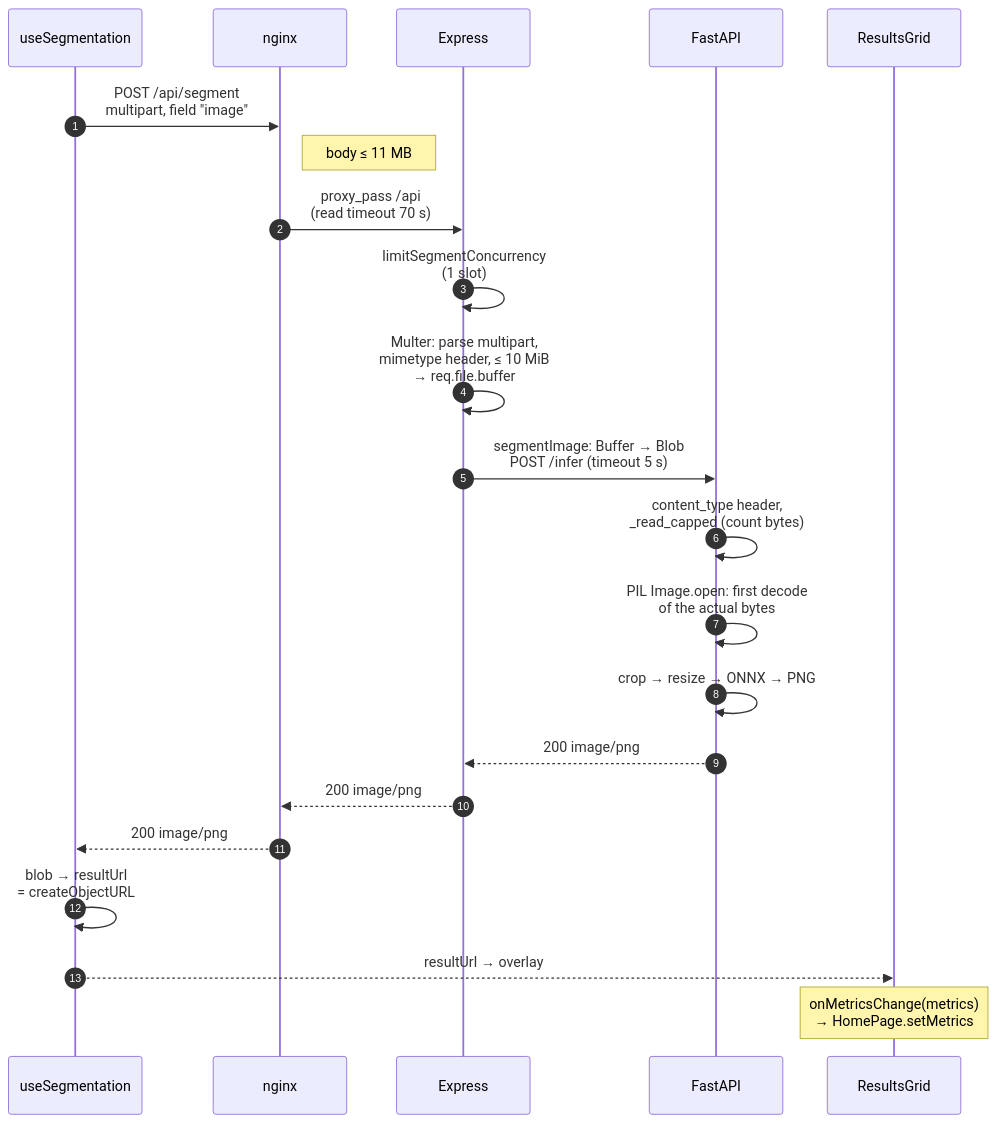
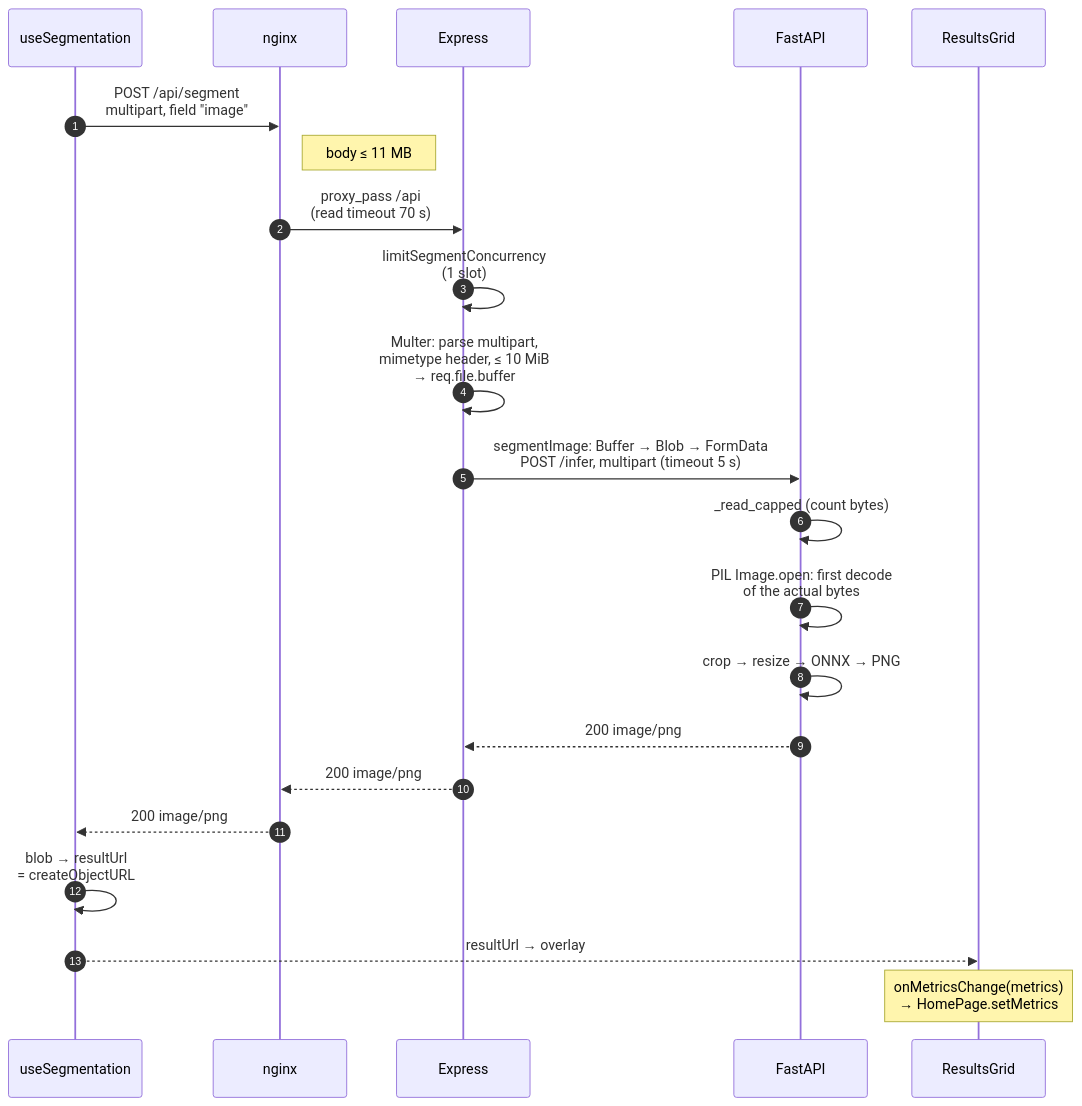
Before and after one commit to pkliui/SkiNetWeb: the second of 2 diagrams in docs/segment-request-path.md, drawn with Mermaid. The commit also changed other lines of this file and 5 other files, not shown here.

Commit message:
docs diagrams and error handling for segmentation and case report workflows

````diff
--- a/docs/segment-request-path.md
+++ b/docs/segment-request-path.md
@@ -37,26 +37,26 @@
 ```mermaid
 %%{init: {'themeVariables': {'fontSize': '18px'}, 'sequence': {'actorFontSize': 18, 'messageFontSize': 18, 'noteFontSize': 17}}}%%
 sequenceDiagram
     autonumber
     participant H as useSegmentation
     participant NG as nginx
     participant EX as Express
     participant PY as FastAPI
     participant RG as ResultsGrid
 
     H->>NG: POST /api/segment<br/>multipart, field "image"
     Note right of NG: body ≤ 11 MB
     NG->>EX: proxy_pass /api<br/>(read timeout 70 s)
     EX->>EX: limitSegmentConcurrency<br/>(1 slot)
     EX->>EX: Multer: parse multipart,<br/>mimetype header, ≤ 10 MiB<br/>→ req.file.buffer
-    EX->>PY: segmentImage: Buffer → Blob<br/>POST /infer (timeout 5 s)
-    PY->>PY: content_type header,<br/>_read_capped (count bytes)
+    EX->>PY: segmentImage: Buffer → Blob → FormData<br/>POST /infer, multipart (timeout 5 s)
+    PY->>PY: _read_capped (count bytes)
     PY->>PY: PIL Image.open: first decode<br/>of the actual bytes
     PY->>PY: crop → resize → ONNX → PNG
     PY-->>EX: 200 image/png
     EX-->>NG: 200 image/png
     NG-->>H: 200 image/png
     H->>H: blob → resultUrl<br/>= createObjectURL
     H-->>RG: resultUrl → overlay
     Note over RG: onMetricsChange(metrics)<br/>→ HomePage.setMetrics
 ```
````
